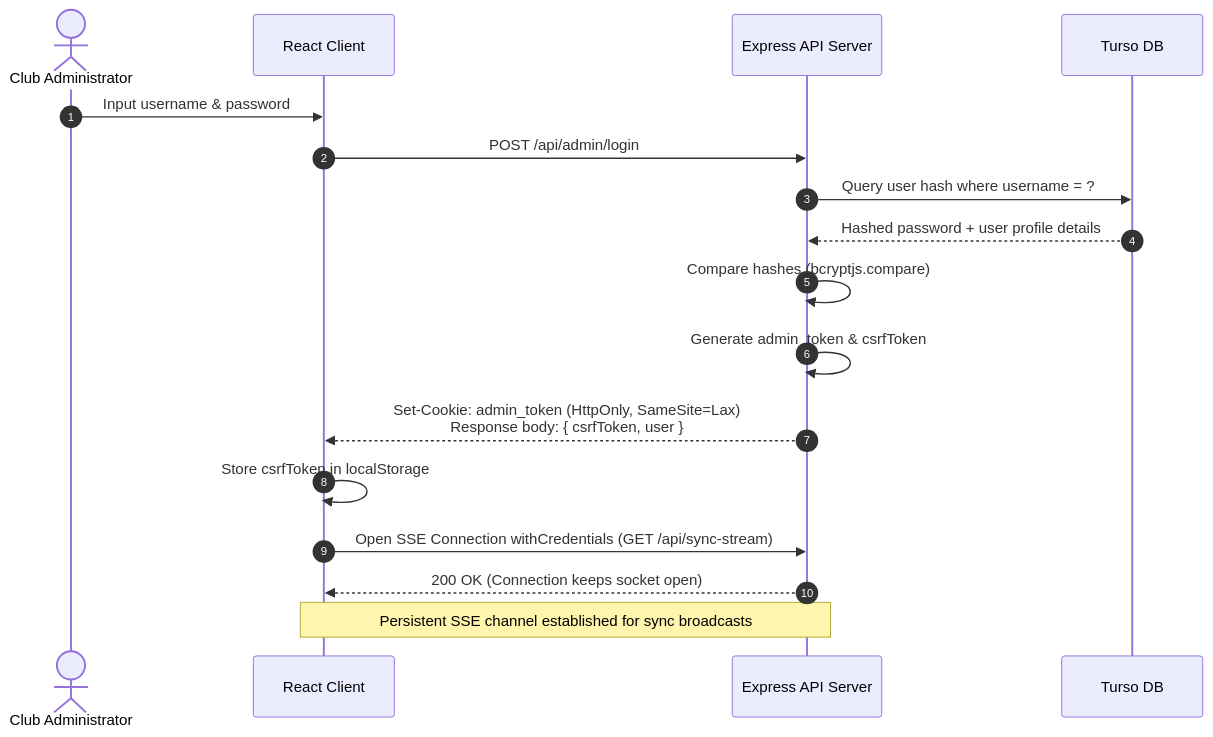
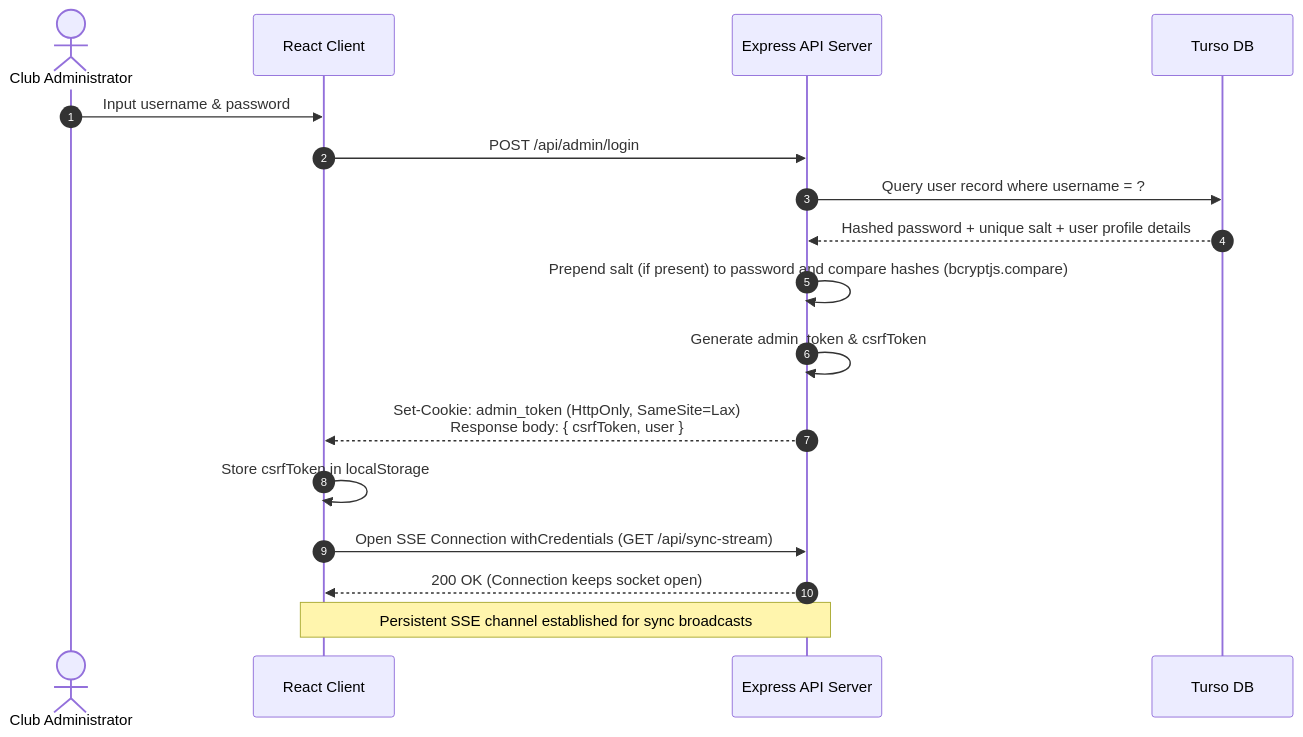
Before and after one commit to saicharan-bhuthkuri/rd: the ninth of 25 diagrams in README.md, drawn with Mermaid. The commit also changed other lines of this file, not shown here.

Commit message:
docs: update README with unique salt hashing details and authentication sequence diagram

````diff
--- a/README.md
+++ b/README.md
@@ -675,20 +675,20 @@
 ```mermaid
 sequenceDiagram
     autonumber
     actor Admin as Club Administrator
     participant FE as React Client
     participant BE as Express API Server
     participant DB as Turso DB
     
     Admin->>FE: Input username & password
     FE->>BE: POST /api/admin/login
-    BE->>DB: Query user hash where username = ?
-    DB-->>BE: Hashed password + user profile details
-    BE->>BE: Compare hashes (bcryptjs.compare)
+    BE->>DB: Query user record where username = ?
+    DB-->>BE: Hashed password + unique salt + user profile details
+    BE->>BE: Prepend salt (if present) to password and compare hashes (bcryptjs.compare)
     BE->>BE: Generate admin_token & csrfToken
     BE-->>FE: Set-Cookie: admin_token (HttpOnly, SameSite=Lax)<br/>Response body: { csrfToken, user }
     FE->>FE: Store csrfToken in localStorage
     FE->>BE: Open SSE Connection withCredentials (GET /api/sync-stream)
     BE-->>FE: 200 OK (Connection keeps socket open)
     Note over FE,BE: Persistent SSE channel established for sync broadcasts
 ```
````
